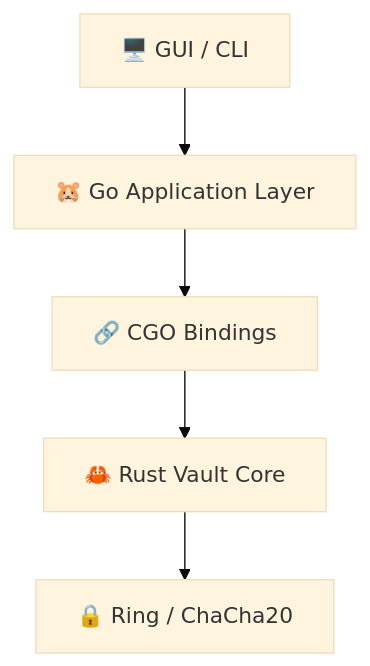
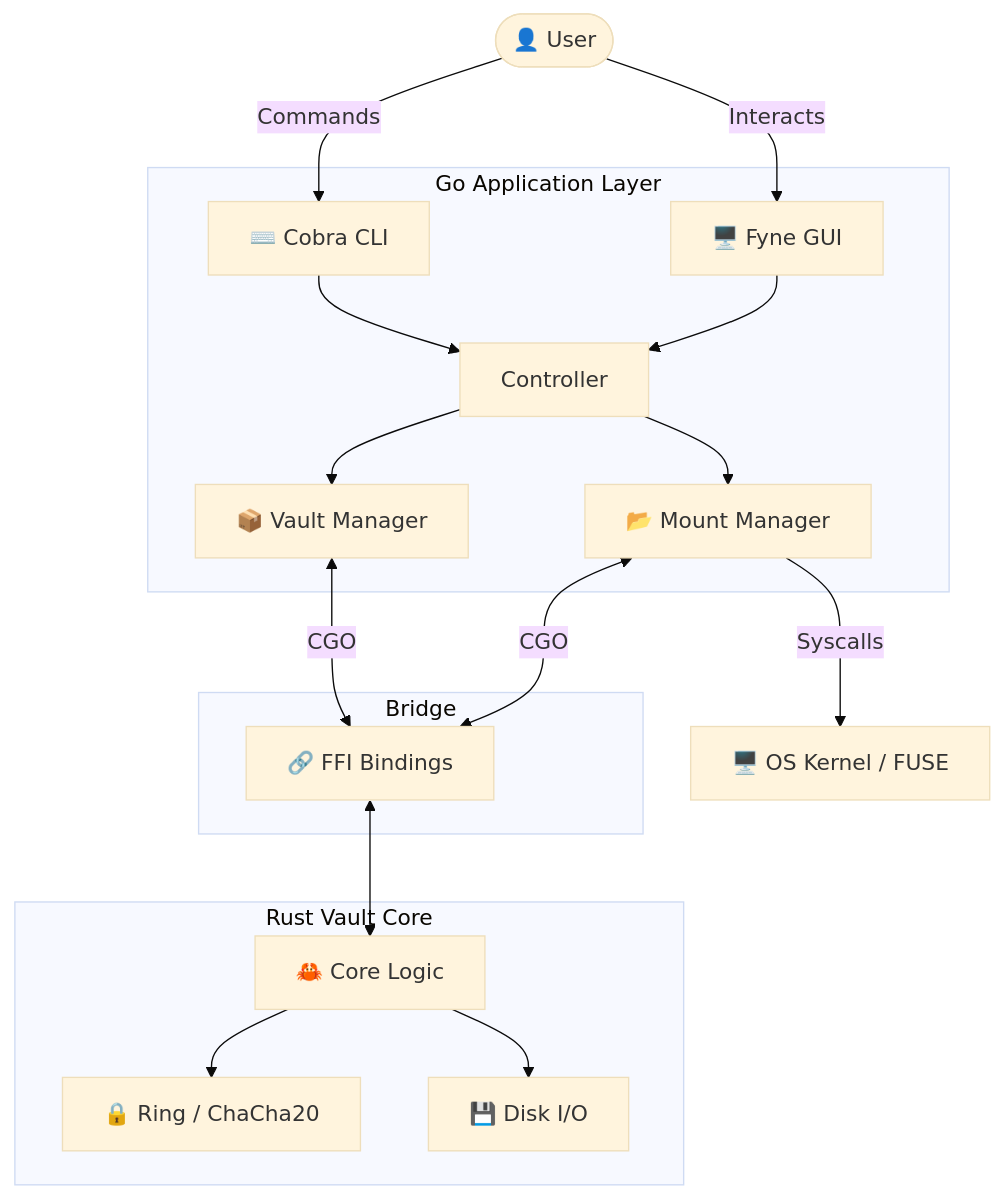
The diagram in README.md (aka-0x4C3DD/dirLocker), drawn with Mermaid (base theme) before and after one commit. The commit also changed other lines of this file, not shown here.

Commit message:
docs: Revamp README with a new tagline, expanded features, restructured documentation, detailed quick start, and an elaborate architecture diagram.

````diff
--- a/README.md
+++ b/README.md
@@ -61,7 +103,25 @@
 ```mermaid
 graph TD
-    UI[🖥️ GUI / CLI] --> Go[🐹 Go Application Layer]
-    Go --> Bindings[🔗 CGO Bindings]
-    Bindings --> Rust[🦀 Rust Vault Core]
-    Rust --> Crypto[🔒 Ring / ChaCha20]
+    User([👤 User]) -->|Interacts| GUI[🖥️ Fyne GUI]
+    User -->|Commands| CLI[⌨️ Cobra CLI]
+    
+    subgraph "Go Application Layer"
+        GUI --> Controller
+        CLI --> Controller
+        Controller --> MountMgr[📂 Mount Manager]
+        Controller --> VaultMgr[📦 Vault Manager]
+    end
+
+    subgraph "Bridge"
+        MountMgr <-->|CGO| FFI[🔗 FFI Bindings]
+        VaultMgr <-->|CGO| FFI
+    end
+
+    subgraph "Rust Vault Core"
+        FFI <--> Core[🦀 Core Logic]
+        Core --> Crypto[🔒 Ring / ChaCha20]
+        Core --> IO[💾 Disk I/O]
+    end
+    
+    MountMgr -->|Syscalls| Kernel[🖥️ OS Kernel / FUSE]
 ```
````
